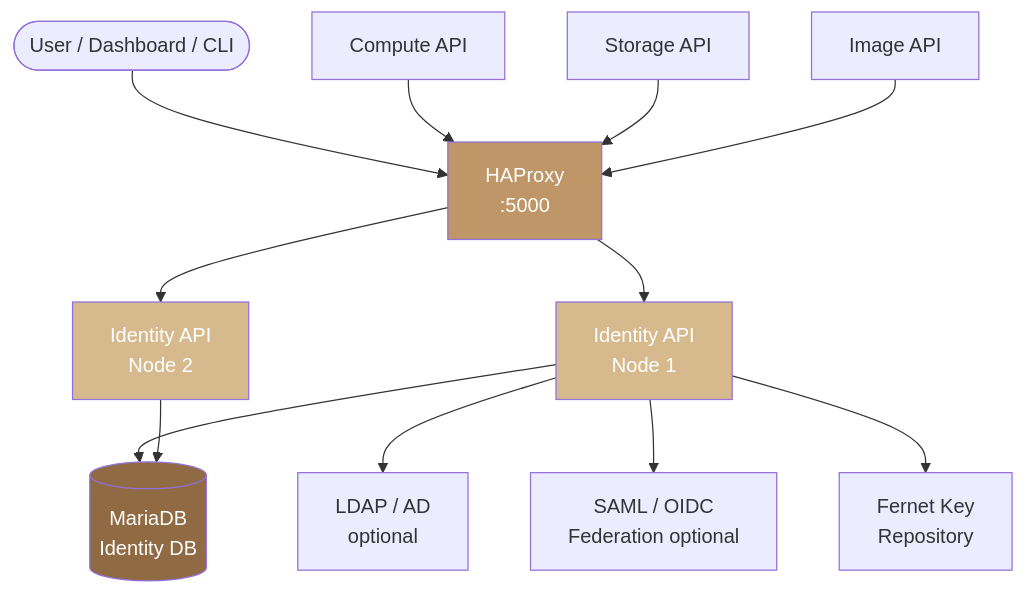
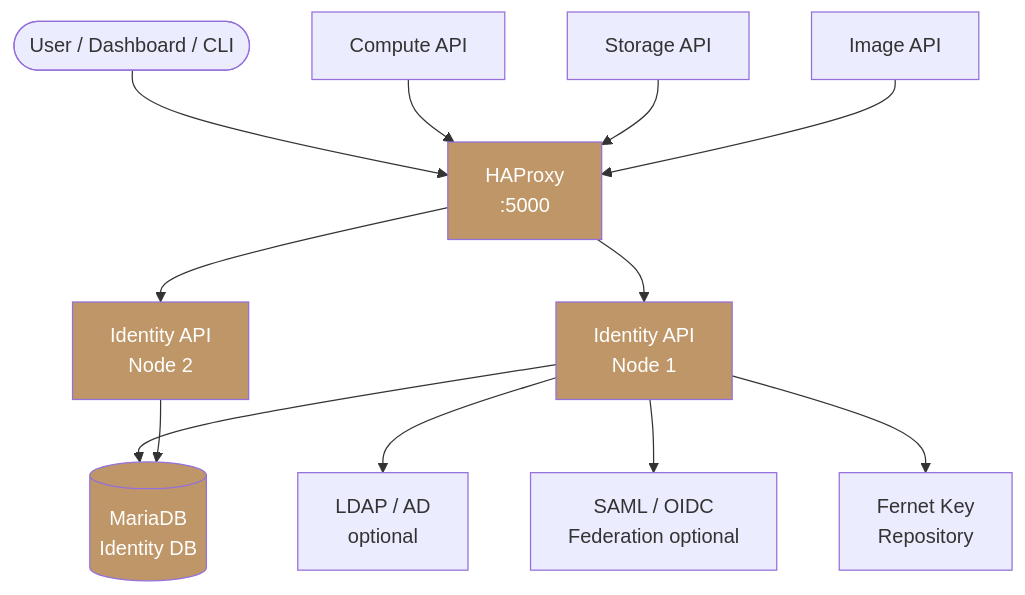
One commit to ankur-kumar87/docs-polystack changed the first of 2 diagrams in services/identity/architecture.mdx. Above: the diagram before and after it, drawn with Mermaid. The commit also changed other lines of this file and 186 other files, not shown here.

````diff
--- a/services/identity/architecture.mdx
+++ b/services/identity/architecture.mdx
@@ -22,18 +22,18 @@
 ```mermaid
 graph TD
     U([User / Dashboard / CLI]) --> HAP[HAProxy<br/>:5000]
     HAP --> I1[Identity API<br/>Node 1]
     HAP --> I2[Identity API<br/>Node 2]
     I1 --> DB[(MariaDB<br/>Identity DB)]
     I2 --> DB
     I1 --> LDAP[LDAP / AD<br/>optional]
     I1 --> FED[SAML / OIDC<br/>Federation optional]
     I1 --> FER[Fernet Key<br/>Repository]
     NOVA[Compute API] --> HAP
     CINDER[Storage API] --> HAP
     IMG[Image API] --> HAP
     style HAP fill:#bf9667,color:#fff
-    style I1 fill:#d7b98e,color:#fff
-    style I2 fill:#d7b98e,color:#fff
-    style DB fill:#8f6a43,color:#fff
+    style I1 fill:#bf9667,color:#fff
+    style I2 fill:#bf9667,color:#fff
+    style DB fill:#bf9667,color:#fff
 ```
````
